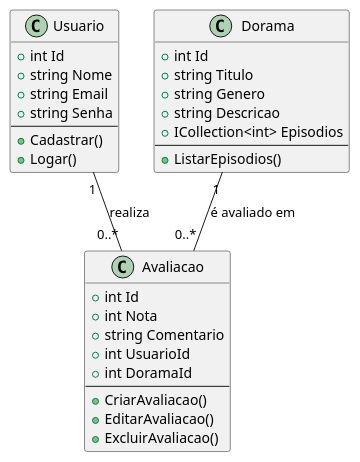
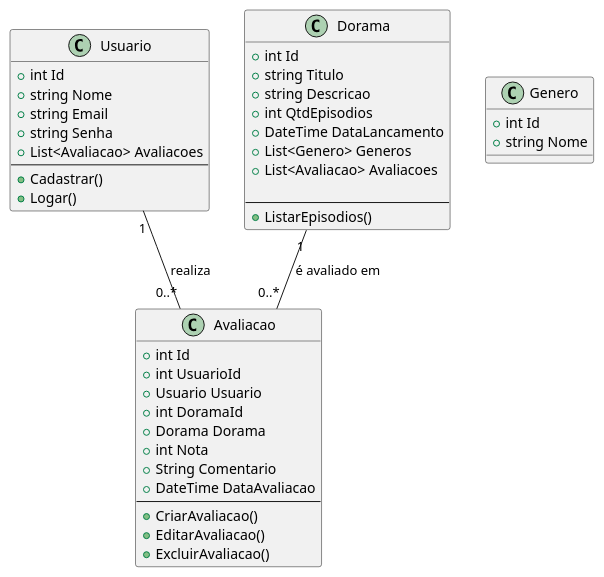
Before and after one commit to KaioHenr/Trab1-PS: the diagram in Trab1-PS/diagramas/diagramas_plantuml/diagrama_de_classes.plantuml, drawn with PlantUML. The commit also changed other lines of this file, not shown here.

Commit message:
Update diagrama_de_classes.plantuml
atualização diagrama de classes - deve ser discutido

```diff
--- a/Trab1-PS/diagramas/diagramas_plantuml/diagrama_de_classes.plantuml
+++ b/Trab1-PS/diagramas/diagramas_plantuml/diagrama_de_classes.plantuml
@@ -1,37 +2,49 @@
 @startuml
 class Usuario {
     + int Id
     + string Nome
     + string Email
     + string Senha
+    + List<Avaliacao> Avaliacoes
     --
     + Cadastrar()
     + Logar()
 }
 
 class Avaliacao {
     + int Id
+    + int UsuarioId
+    + Usuario Usuario
+    + int DoramaId
+    + Dorama Dorama
     + int Nota
-    + string Comentario
-    + int UsuarioId
-    + int DoramaId
+    + String Comentario
+    + DateTime DataAvaliacao
     --
     + CriarAvaliacao()
     + EditarAvaliacao()
     + ExcluirAvaliacao()
 }
 
 class Dorama {
     + int Id
     + string Titulo
-    + string Genero
     + string Descricao
-    + ICollection<int> Episodios
+    + int QtdEpisodios
+    + DateTime DataLancamento
+    + List<Genero> Generos
+    + List<Avaliacao> Avaliacoes
+    
     --
     + ListarEpisodios()
+}
+class Genero {
+    + int Id
+    + string Nome
 }
 
 Usuario "1" -- "0..*" Avaliacao : "realiza"
 Dorama "1" -- "0..*" Avaliacao : "é avaliado em"
 
+
 @enduml
```
